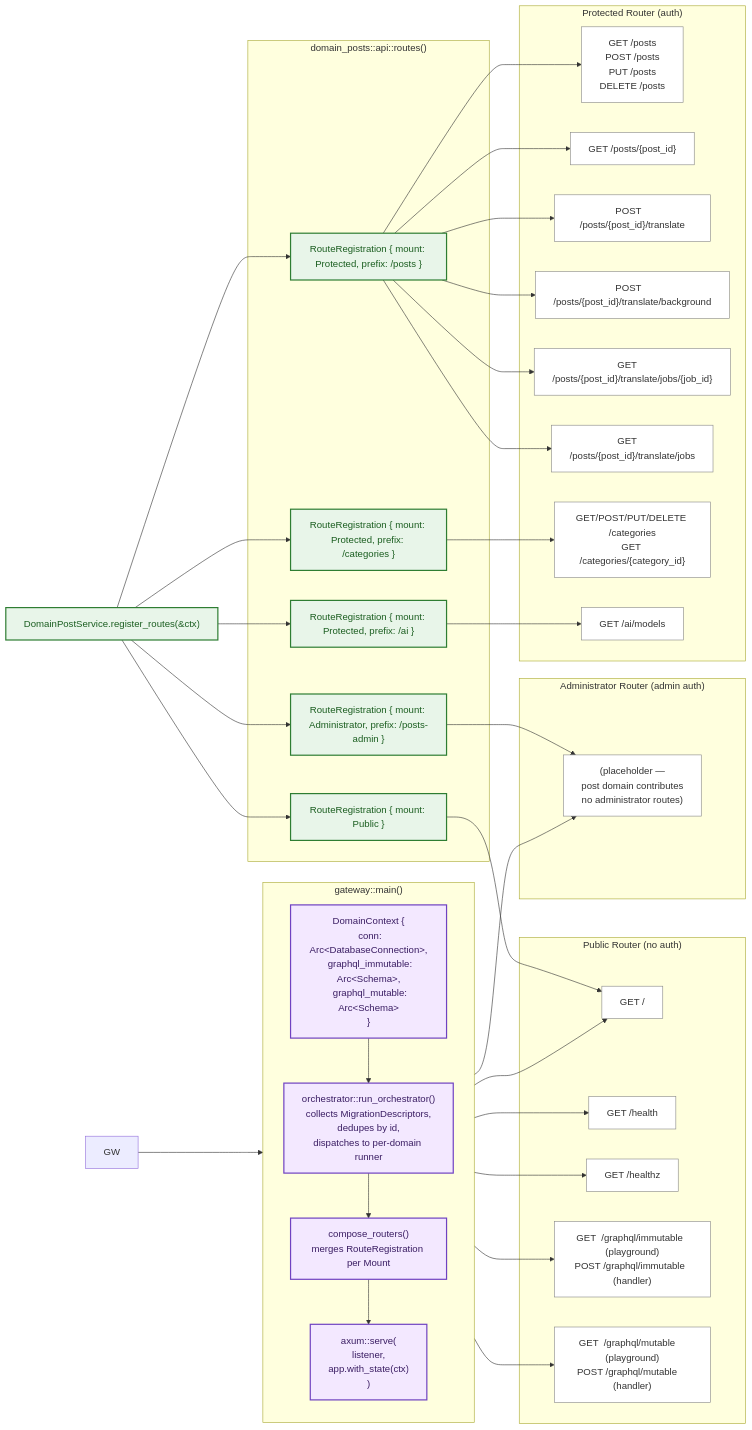
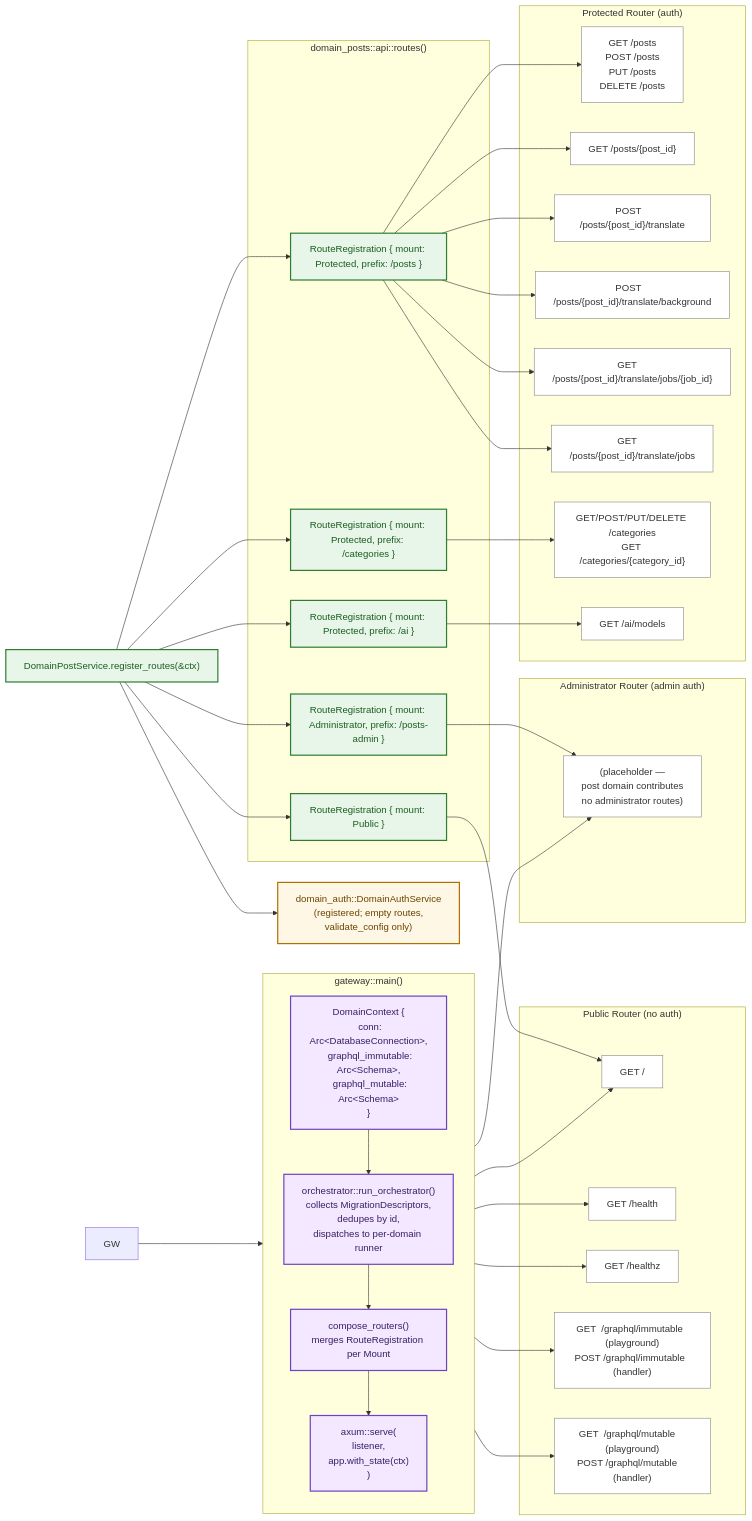
The third of 10 diagrams in docs/api-architecture.md (doitsu2014/my-cms), drawn with Mermaid before and after one commit. The commit also changed other lines of this file and 65 other files, not shown here.

First line of the commit message:
feat: extract authentication layer into a self-contained domain_auth crate

````diff
--- a/docs/api-architecture.md
+++ b/docs/api-architecture.md
@@ -112,64 +119,67 @@
 ```mermaid
 graph LR
     subgraph gw["gateway::main()"]
         direction TB
         CTX["DomainContext {<br/>  conn: Arc&lt;DatabaseConnection&gt;,<br/>  graphql_immutable: Arc&lt;Schema&gt;,<br/>  graphql_mutable: Arc&lt;Schema&gt;<br/>}"]
         ORCH["orchestrator::run_orchestrator()<br/>collects MigrationDescriptors,<br/>dedupes by id,<br/>dispatches to per-domain runner"]
         COMP["compose_routers()<br/>merges RouteRegistration per Mount"]
         SERV["axum::serve(<br/>  listener,<br/>  app.with_state(ctx)<br/>)"]
     end
 
     subgraph public_routes["Public Router (no auth)"]
         PR1["GET  /"]
         PR2["GET  /health"]
         PR3["GET  /healthz"]
         PR4["GET  /graphql/immutable  (playground)<br/>POST /graphql/immutable  (handler)"]
         PR5["GET  /graphql/mutable    (playground)<br/>POST /graphql/mutable    (handler)"]
     end
 
     subgraph protected_routes["Protected Router (auth)"]
         PPR1["GET    /posts<br/>POST   /posts<br/>PUT    /posts<br/>DELETE /posts"]
         PPR2["GET    /posts/{post_id}"]
         PPR3["POST   /posts/{post_id}/translate"]
         PPR4["POST   /posts/{post_id}/translate/background"]
         PPR5["GET    /posts/{post_id}/translate/jobs/{job_id}"]
         PPR6["GET    /posts/{post_id}/translate/jobs"]
         PPR7["GET/POST/PUT/DELETE /categories<br/>GET /categories/{category_id}"]
         PPR8["GET /ai/models"]
     end
 
     subgraph administrator_routes["Administrator Router (admin auth)"]
         AR1["(placeholder —<br/>post domain contributes<br/>no administrator routes)"]
     end
 
     MAN["DomainPostService.register_routes(&ctx)"]
     subgraph dps["domain_posts::api::routes()"]
         DPSR1["RouteRegistration { mount: Public }"]
         DPSR2["RouteRegistration { mount: Protected, prefix: /posts }"]
         DPSR3["RouteRegistration { mount: Protected, prefix: /categories }"]
         DPSR4["RouteRegistration { mount: Protected, prefix: /ai }"]
         DPSR5["RouteRegistration { mount: Administrator, prefix: /posts-admin }"]
     end
 
     GW --> CTX
     CTX --> ORCH
     ORCH --> COMP
     COMP --> SERV
     COMP --> PR1 & PR2 & PR3 & PR4 & PR5
     COMP --> AR1
     MAN --> DPSR1 & DPSR2 & DPSR3 & DPSR4 & DPSR5
+    MAN --> AUTH["domain_auth::DomainAuthService<br/>(registered; empty routes,<br/>validate_config only)"]
     DPSR1 --> PR1
     DPSR2 --> PPR1 & PPR2 & PPR3 & PPR4 & PPR5 & PPR6
     DPSR3 --> PPR7
     DPSR4 --> PPR8
     DPSR5 --> AR1
 
     classDef domain fill:#e8f5e9,stroke:#2e7d32,stroke-width:2px,color:#1b5e20
+    classDef infra fill:#fff7e6,stroke:#b07000,stroke-width:2px,color:#6b4500
     classDef gateway fill:#f3e8ff,stroke:#6f42c1,stroke-width:2px,color:#3a1d63
     classDef route fill:#fff,stroke:#888,stroke-width:1px,color:#333
     classDef shim fill:#fff4e6,stroke:#d97706,stroke-width:1px,color:#7c2d12
 
     class CTX,ORCH,COMP,SERV gateway
     class PR1,PR2,PR3,PR4,PR5,PPR1,PPR2,PPR3,PPR4,PPR5,PPR6,PPR7,PPR8,AR1 route
     class MAN,DPSR1,DPSR2,DPSR3,DPSR4,DPSR5 domain
+    class AUTH infra
 ```
````
